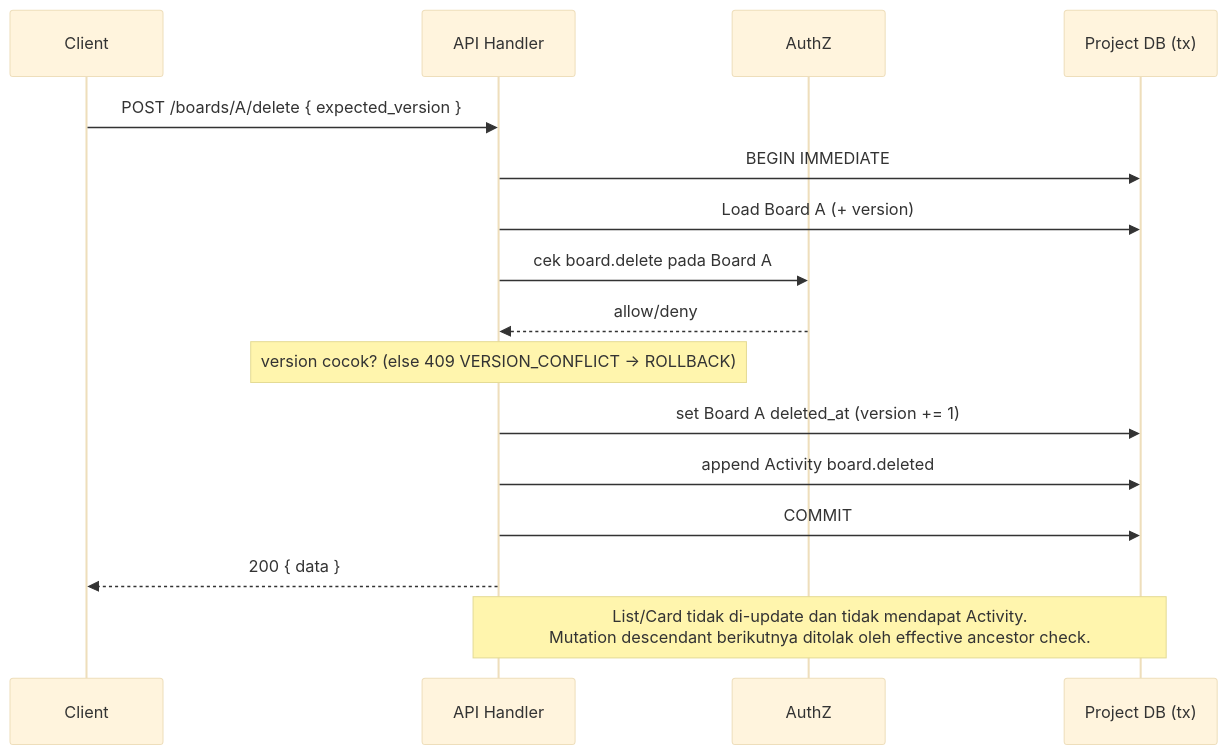
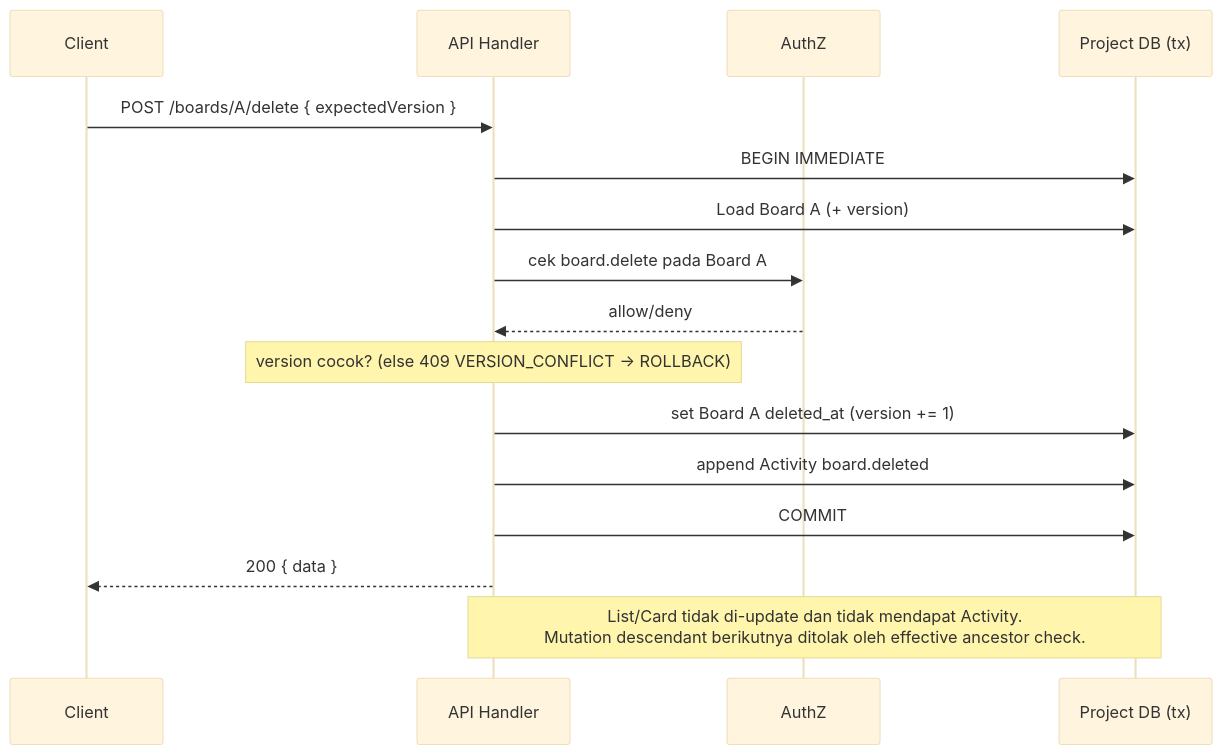
One commit to ngodingin/kanban changed the first of 3 diagrams in docs/03-ENGINEERING.md. Above: the diagram before and after it, drawn with Mermaid (base theme). The commit also changed other lines of this file and 4 other files, not shown here.

````diff
--- a/docs/03-ENGINEERING.md
+++ b/docs/03-ENGINEERING.md
@@ -103,19 +103,19 @@
 ```mermaid
 sequenceDiagram
     participant C as Client
     participant API as API Handler
     participant AUTH as AuthZ
     participant DB as Project DB (tx)
 
-    C->>API: POST /boards/A/delete { expected_version }
+    C->>API: POST /boards/A/delete { expectedVersion }
     API->>DB: BEGIN IMMEDIATE
     API->>DB: Load Board A (+ version)
     API->>AUTH: cek board.delete pada Board A
     AUTH-->>API: allow/deny
     Note over API: version cocok? (else 409 VERSION_CONFLICT → ROLLBACK)
     API->>DB: set Board A deleted_at (version += 1)
     API->>DB: append Activity board.deleted
     API->>DB: COMMIT
     API-->>C: 200 { data }
     Note over API,DB: List/Card tidak di-update dan tidak mendapat Activity.<br/>Mutation descendant berikutnya ditolak oleh effective ancestor check.
 ```
````
